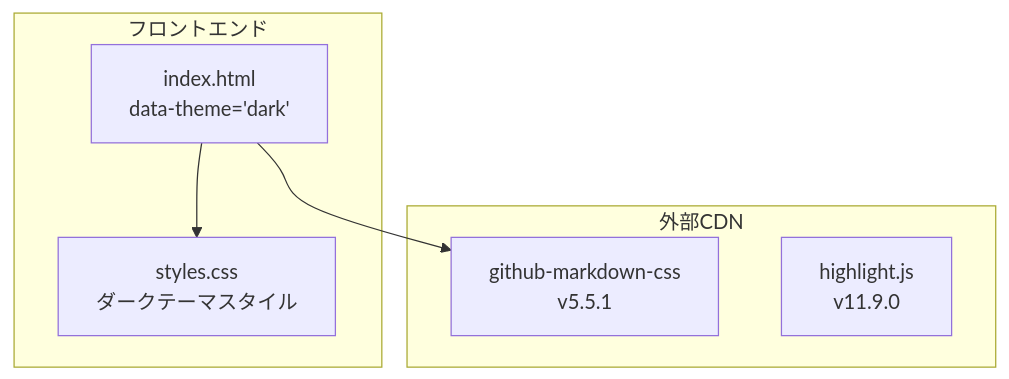
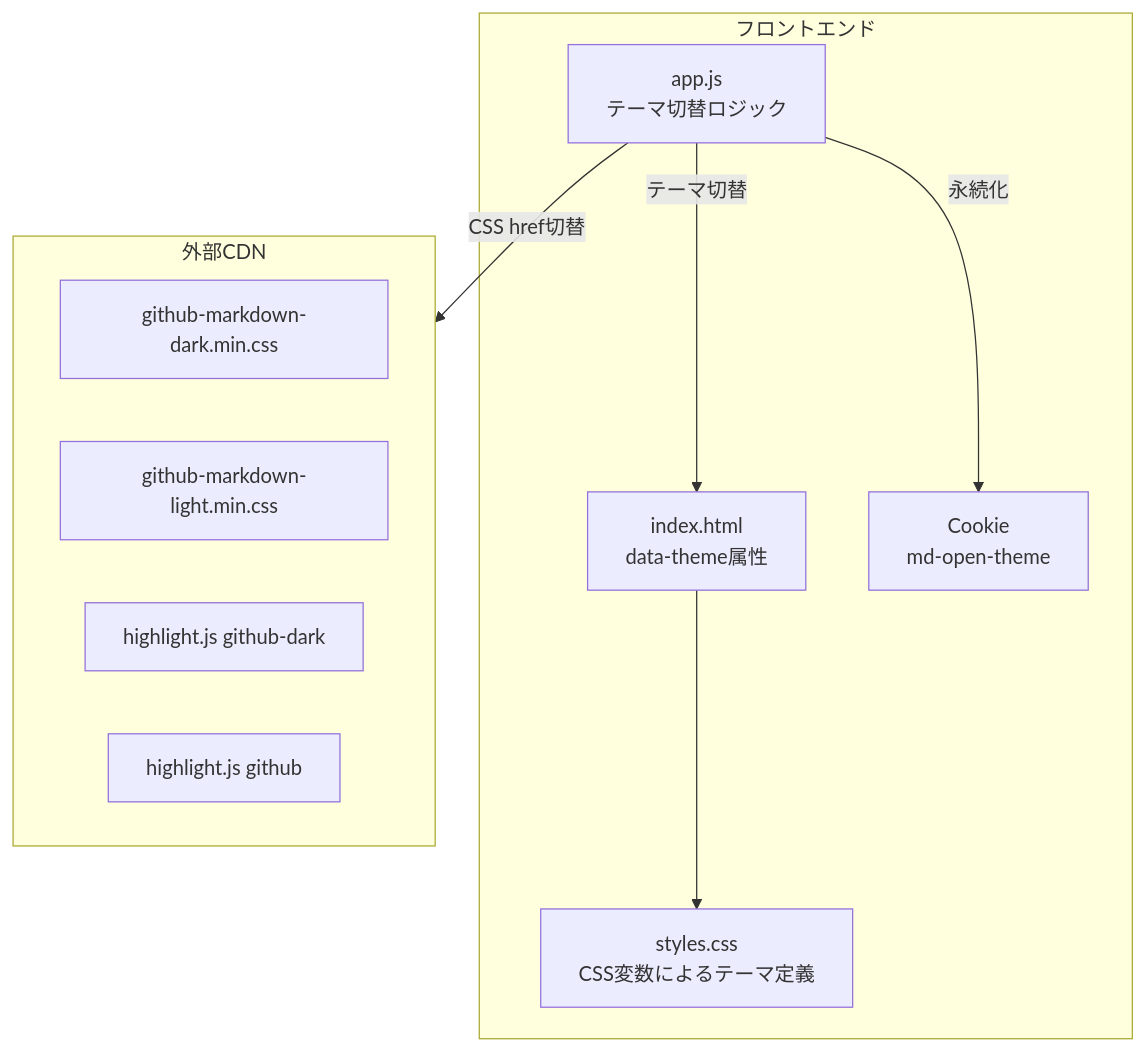
Before and after one commit to rarudo/md-open-browser: the diagram in .specs/spec/UI/design.md, drawn with Mermaid. The commit also changed other lines of this file and 4 other files, not shown here.

````diff
--- a/.specs/spec/UI/design.md
+++ b/.specs/spec/UI/design.md
@@ -30,13 +33,19 @@
 ```mermaid
 flowchart TB
     subgraph Frontend["フロントエンド"]
-        HTML["index.html<br>data-theme='dark'"]
-        CSS["styles.css<br>ダークテーマスタイル"]
+        HTML["index.html<br>data-theme属性"]
+        CSS["styles.css<br>CSS変数によるテーマ定義"]
+        JS["app.js<br>テーマ切替ロジック"]
+        LS["Cookie<br>md-open-theme"]
     end
     subgraph CDN["外部CDN"]
-        GHMarkdown["github-markdown-css<br>v5.5.1"]
-        HLJS["highlight.js<br>v11.9.0"]
+        GHMarkdownDark["github-markdown-dark.min.css"]
+        GHMarkdownLight["github-markdown-light.min.css"]
+        HLJSDark["highlight.js github-dark"]
+        HLJSLight["highlight.js github"]
     end
+    JS -->|テーマ切替| HTML
+    JS -->|CSS href切替| CDN
+    JS -->|永続化| LS
     HTML --> CSS
-    HTML --> GHMarkdown
 ```
````
